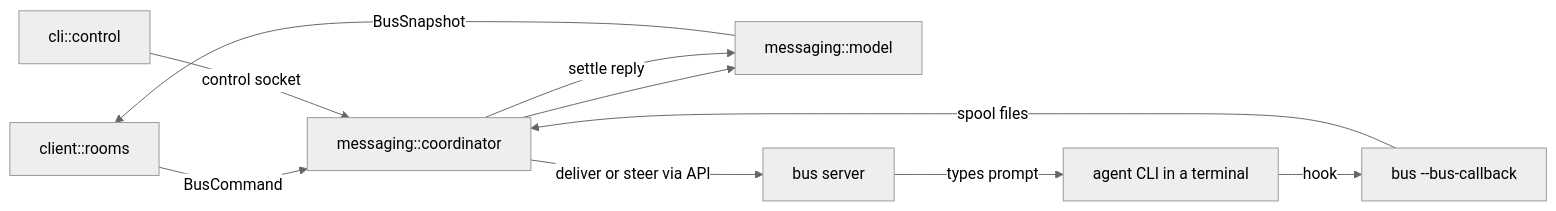
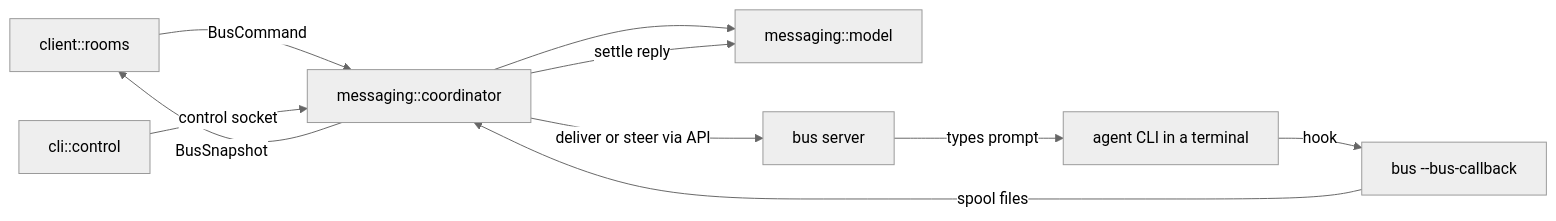
The second of 4 diagrams in docs/bus-architecture.md (asura1234/bus), drawn with Mermaid (neutral theme) before and after one commit. The commit also changed other lines of this file, not shown here.

Commit message:
docs: converge architecture reviews into the bus restructure doc

````diff
--- a/docs/bus-architecture.md
+++ b/docs/bus-architecture.md
@@ -220,11 +245,11 @@
 ```mermaid
 flowchart LR
   ui[client::rooms] -- BusCommand --> coord[messaging::coordinator]
   ctl[cli::control] -- control socket --> coord
   coord --> model[messaging::model]
   coord -- deliver or steer via API --> server[bus server]
   server -- types prompt --> agent[agent CLI in a terminal]
   agent -- hook --> hook["bus --bus-callback"] -- spool files --> coord
   coord -- settle reply --> model
-  model -- BusSnapshot --> ui
+  coord -- BusSnapshot --> ui
 ```
````
